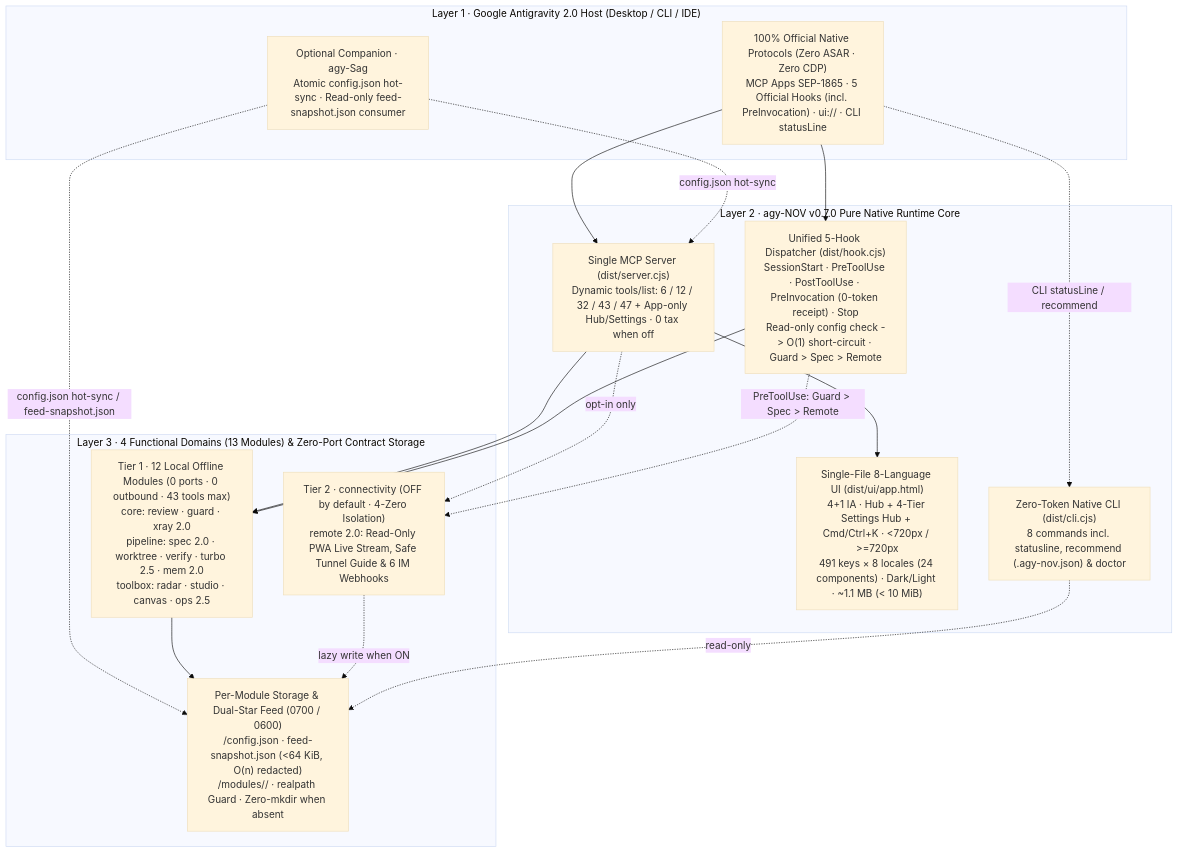
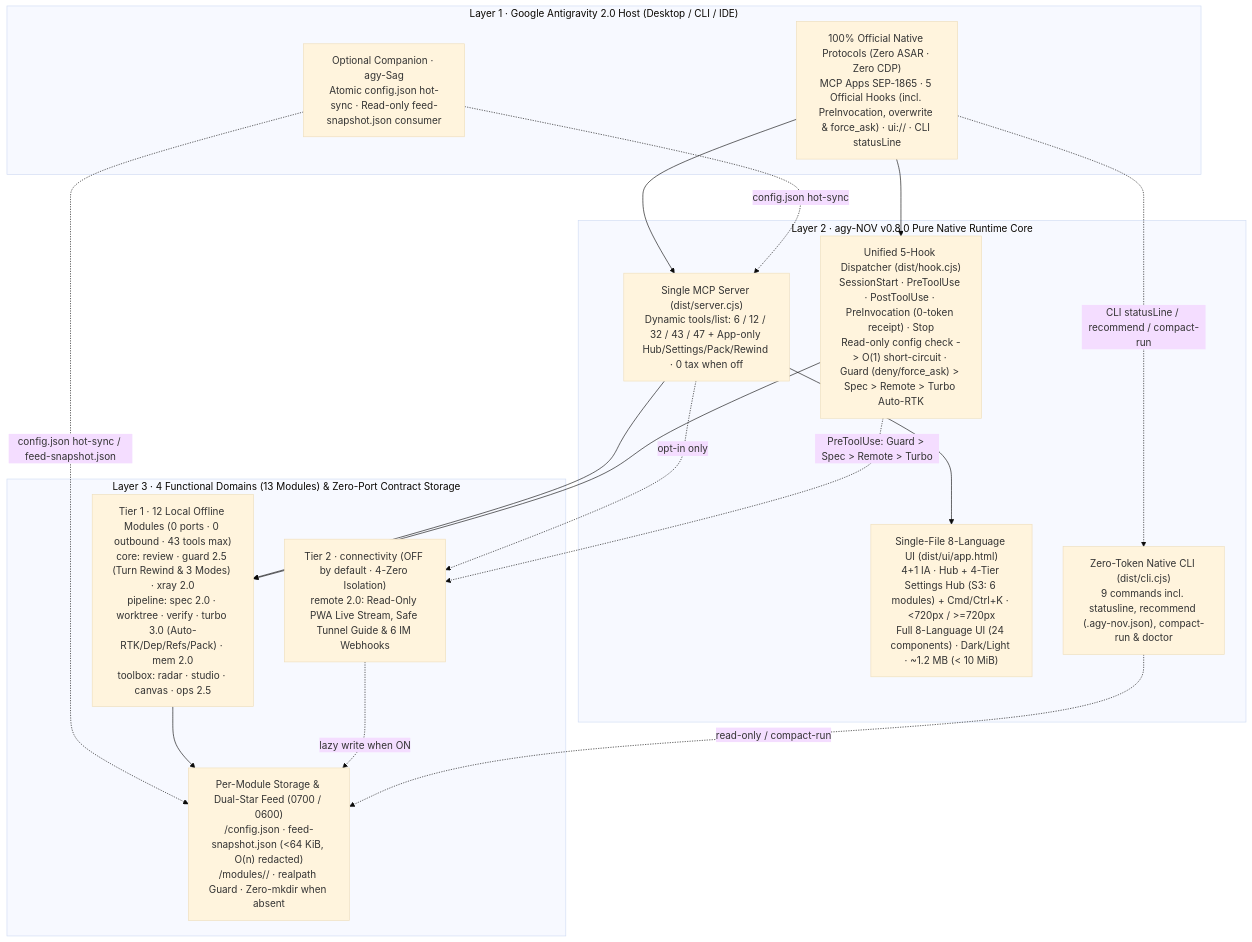
Before and after one commit to tone-leh/agy-NOV: the diagram in README.md, drawn with Mermaid (base theme). The commit also changed other lines of this file and 47 other files, not shown here.

Commit message:
release: v0.8.0 — Auto-RTK overwrite proxy, Turbo 3.0 offline dep contracts/references/context pack & Guard 2.5 turn rewind/permission modes

````diff
--- a/README.md
+++ b/README.md
@@ -217,34 +217,34 @@
 ```mermaid
 flowchart TB
   subgraph L1["Layer 1 · Google Antigravity 2.0 Host (Desktop / CLI / IDE)"]
-    Host["100% Official Native Protocols (Zero ASAR · Zero CDP)\nMCP Apps SEP-1865 · 5 Official Hooks (incl. PreInvocation) · ui:// · CLI statusLine"]
+    Host["100% Official Native Protocols (Zero ASAR · Zero CDP)\nMCP Apps SEP-1865 · 5 Official Hooks (incl. PreInvocation, overwrite & force_ask) · ui:// · CLI statusLine"]
     Sag["Optional Companion · agy-Sag\nAtomic config.json hot-sync · Read-only feed-snapshot.json consumer"]
   end
 
-  subgraph L2["Layer 2 · agy-NOV v0.7.0 Pure Native Runtime Core"]
-    MCP["Single MCP Server (dist/server.cjs)\nDynamic tools/list: 6 / 12 / 32 / 43 / 47 + App-only Hub/Settings · 0 tax when off"]
-    Hook["Unified 5-Hook Dispatcher (dist/hook.cjs)\nSessionStart · PreToolUse · PostToolUse · PreInvocation (0-token receipt) · Stop\nRead-only config check -> O(1) short-circuit · Guard > Spec > Remote"]
-    UI["Single-File 8-Language UI (dist/ui/app.html)\n4+1 IA · Hub + 4-Tier Settings Hub + Cmd/Ctrl+K · <720px / >=720px\n491 keys × 8 locales (24 components) · Dark/Light · ~1.1 MB (< 10 MiB)"]
-    CLI["Zero-Token Native CLI (dist/cli.cjs)\n8 commands incl. statusline, recommend (.agy-nov.json) & doctor"]
+  subgraph L2["Layer 2 · agy-NOV v0.8.0 Pure Native Runtime Core"]
+    MCP["Single MCP Server (dist/server.cjs)\nDynamic tools/list: 6 / 12 / 32 / 43 / 47 + App-only Hub/Settings/Pack/Rewind · 0 tax when off"]
+    Hook["Unified 5-Hook Dispatcher (dist/hook.cjs)\nSessionStart · PreToolUse · PostToolUse · PreInvocation (0-token receipt) · Stop\nRead-only config check -> O(1) short-circuit · Guard (deny/force_ask) > Spec > Remote > Turbo Auto-RTK"]
+    UI["Single-File 8-Language UI (dist/ui/app.html)\n4+1 IA · Hub + 4-Tier Settings Hub (S3: 6 modules) + Cmd/Ctrl+K · <720px / >=720px\nFull 8-Language UI (24 components) · Dark/Light · ~1.2 MB (< 10 MiB)"]
+    CLI["Zero-Token Native CLI (dist/cli.cjs)\n9 commands incl. statusline, recommend (.agy-nov.json), compact-run & doctor"]
   end
 
   subgraph L3["Layer 3 · 4 Functional Domains (13 Modules) & Zero-Port Contract Storage"]
-    T1["Tier 1 · 12 Local Offline Modules (0 ports · 0 outbound · 43 tools max)\ncore: review · guard · xray 2.0\npipeline: spec 2.0 · worktree · verify · turbo 2.5 · mem 2.0\ntoolbox: radar · studio · canvas · ops 2.5"]
+    T1["Tier 1 · 12 Local Offline Modules (0 ports · 0 outbound · 43 tools max)\ncore: review · guard 2.5 (Turn Rewind & 3 Modes) · xray 2.0\npipeline: spec 2.0 · worktree · verify · turbo 3.0 (Auto-RTK/Dep/Refs/Pack) · mem 2.0\ntoolbox: radar · studio · canvas · ops 2.5"]
     T2R["Tier 2 · connectivity (OFF by default · 4-Zero Isolation)\nremote 2.0: Read-Only PWA Live Stream, Safe Tunnel Guide & 6 IM Webhooks"]
     Store["Per-Module Storage & Dual-Star Feed (0700 / 0600)\n<dataDir>/config.json · feed-snapshot.json (<64 KiB, O(n) redacted)\n<dataDir>/modules/<id>/ · realpath Guard · Zero-mkdir when absent"]
   end
 
   Host --> MCP
   Host --> Hook
-  Host -. "CLI statusLine / recommend" .-> CLI
+  Host -. "CLI statusLine / recommend / compact-run" .-> CLI
   Sag -. "config.json hot-sync / feed-snapshot.json" .-> Store
   Sag -. "config.json hot-sync" .-> MCP
   MCP --> UI
   MCP --> T1
   MCP -. "opt-in only" .-> T2R
   Hook --> T1
-  Hook -. "PreToolUse: Guard > Spec > Remote" .-> T2R
+  Hook -. "PreToolUse: Guard > Spec > Remote > Turbo" .-> T2R
   T1 --> Store
   T2R -. "lazy write when ON" .-> Store
-  CLI -. "read-only" .-> Store
+  CLI -. "read-only / compact-run" .-> Store
 ```
````
